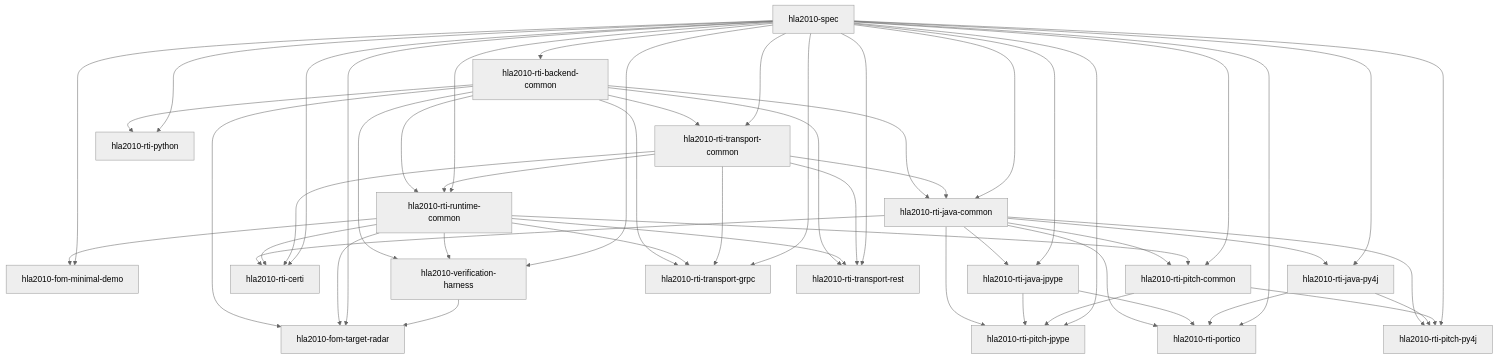
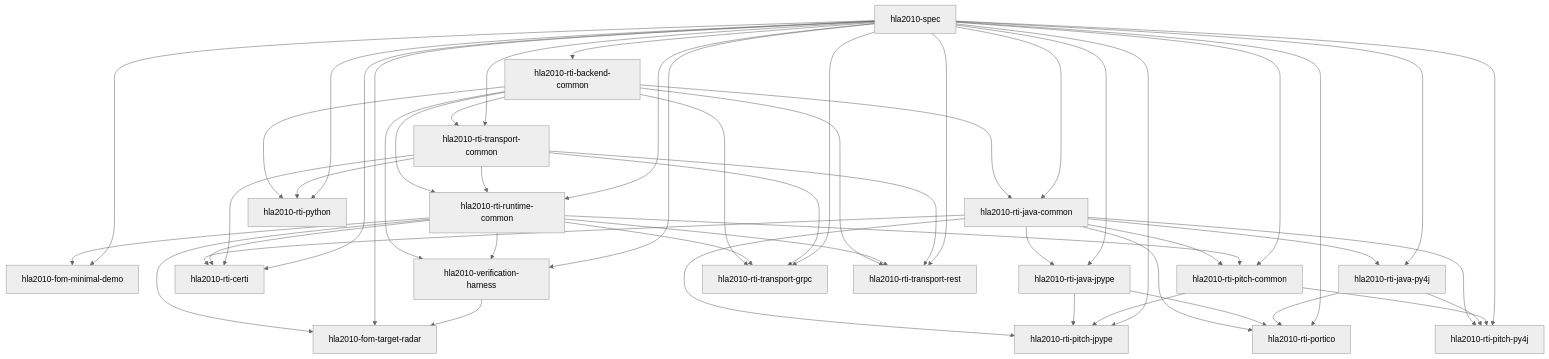
Before and after one commit to sheepfling/sturdy-broccoli: the diagram in docs/package_dependency_tree.md, drawn with Mermaid (neutral theme). The commit also changed other lines of this file and 11 other files, not shown here.

````diff
--- a/docs/package_dependency_tree.md
+++ b/docs/package_dependency_tree.md
@@ -38,55 +38,54 @@
 ```mermaid
 graph TD
     hla2010_rti_runtime_common[hla2010-rti-runtime-common] --> hla2010_fom_minimal_demo[hla2010-fom-minimal-demo]
     hla2010_spec[hla2010-spec] --> hla2010_fom_minimal_demo[hla2010-fom-minimal-demo]
-    hla2010_rti_backend_common[hla2010-rti-backend-common] --> hla2010_fom_target_radar[hla2010-fom-target-radar]
     hla2010_rti_runtime_common[hla2010-rti-runtime-common] --> hla2010_fom_target_radar[hla2010-fom-target-radar]
     hla2010_spec[hla2010-spec] --> hla2010_fom_target_radar[hla2010-fom-target-radar]
     hla2010_verification_harness[hla2010-verification-harness] --> hla2010_fom_target_radar[hla2010-fom-target-radar]
     hla2010_spec[hla2010-spec] --> hla2010_rti_backend_common[hla2010-rti-backend-common]
     hla2010_rti_java_common[hla2010-rti-java-common] --> hla2010_rti_certi[hla2010-rti-certi]
     hla2010_rti_runtime_common[hla2010-rti-runtime-common] --> hla2010_rti_certi[hla2010-rti-certi]
     hla2010_rti_transport_common[hla2010-rti-transport-common] --> hla2010_rti_certi[hla2010-rti-certi]
     hla2010_spec[hla2010-spec] --> hla2010_rti_certi[hla2010-rti-certi]
     hla2010_rti_backend_common[hla2010-rti-backend-common] --> hla2010_rti_java_common[hla2010-rti-java-common]
-    hla2010_rti_transport_common[hla2010-rti-transport-common] --> hla2010_rti_java_common[hla2010-rti-java-common]
     hla2010_spec[hla2010-spec] --> hla2010_rti_java_common[hla2010-rti-java-common]
     hla2010_rti_java_common[hla2010-rti-java-common] --> hla2010_rti_java_jpype[hla2010-rti-java-jpype]
     hla2010_spec[hla2010-spec] --> hla2010_rti_java_jpype[hla2010-rti-java-jpype]
     hla2010_rti_java_common[hla2010-rti-java-common] --> hla2010_rti_java_py4j[hla2010-rti-java-py4j]
     hla2010_spec[hla2010-spec] --> hla2010_rti_java_py4j[hla2010-rti-java-py4j]
     hla2010_rti_java_common[hla2010-rti-java-common] --> hla2010_rti_pitch_common[hla2010-rti-pitch-common]
     hla2010_rti_runtime_common[hla2010-rti-runtime-common] --> hla2010_rti_pitch_common[hla2010-rti-pitch-common]
     hla2010_spec[hla2010-spec] --> hla2010_rti_pitch_common[hla2010-rti-pitch-common]
     hla2010_rti_java_common[hla2010-rti-java-common] --> hla2010_rti_pitch_jpype[hla2010-rti-pitch-jpype]
     hla2010_rti_java_jpype[hla2010-rti-java-jpype] --> hla2010_rti_pitch_jpype[hla2010-rti-pitch-jpype]
     hla2010_rti_pitch_common[hla2010-rti-pitch-common] --> hla2010_rti_pitch_jpype[hla2010-rti-pitch-jpype]
     hla2010_spec[hla2010-spec] --> hla2010_rti_pitch_jpype[hla2010-rti-pitch-jpype]
     hla2010_rti_java_common[hla2010-rti-java-common] --> hla2010_rti_pitch_py4j[hla2010-rti-pitch-py4j]
     hla2010_rti_java_py4j[hla2010-rti-java-py4j] --> hla2010_rti_pitch_py4j[hla2010-rti-pitch-py4j]
     hla2010_rti_pitch_common[hla2010-rti-pitch-common] --> hla2010_rti_pitch_py4j[hla2010-rti-pitch-py4j]
     hla2010_spec[hla2010-spec] --> hla2010_rti_pitch_py4j[hla2010-rti-pitch-py4j]
     hla2010_rti_java_common[hla2010-rti-java-common] --> hla2010_rti_portico[hla2010-rti-portico]
     hla2010_rti_java_jpype[hla2010-rti-java-jpype] --> hla2010_rti_portico[hla2010-rti-portico]
     hla2010_rti_java_py4j[hla2010-rti-java-py4j] --> hla2010_rti_portico[hla2010-rti-portico]
     hla2010_spec[hla2010-spec] --> hla2010_rti_portico[hla2010-rti-portico]
     hla2010_rti_backend_common[hla2010-rti-backend-common] --> hla2010_rti_python[hla2010-rti-python]
+    hla2010_rti_transport_common[hla2010-rti-transport-common] --> hla2010_rti_python[hla2010-rti-python]
     hla2010_spec[hla2010-spec] --> hla2010_rti_python[hla2010-rti-python]
     hla2010_rti_backend_common[hla2010-rti-backend-common] --> hla2010_rti_runtime_common[hla2010-rti-runtime-common]
     hla2010_rti_transport_common[hla2010-rti-transport-common] --> hla2010_rti_runtime_common[hla2010-rti-runtime-common]
     hla2010_spec[hla2010-spec] --> hla2010_rti_runtime_common[hla2010-rti-runtime-common]
     hla2010_rti_backend_common[hla2010-rti-backend-common] --> hla2010_rti_transport_common[hla2010-rti-transport-common]
     hla2010_spec[hla2010-spec] --> hla2010_rti_transport_common[hla2010-rti-transport-common]
     hla2010_rti_backend_common[hla2010-rti-backend-common] --> hla2010_rti_transport_grpc[hla2010-rti-transport-grpc]
     hla2010_rti_runtime_common[hla2010-rti-runtime-common] --> hla2010_rti_transport_grpc[hla2010-rti-transport-grpc]
     hla2010_rti_transport_common[hla2010-rti-transport-common] --> hla2010_rti_transport_grpc[hla2010-rti-transport-grpc]
     hla2010_spec[hla2010-spec] --> hla2010_rti_transport_grpc[hla2010-rti-transport-grpc]
     hla2010_rti_backend_common[hla2010-rti-backend-common] --> hla2010_rti_transport_rest[hla2010-rti-transport-rest]
     hla2010_rti_runtime_common[hla2010-rti-runtime-common] --> hla2010_rti_transport_rest[hla2010-rti-transport-rest]
     hla2010_rti_transport_common[hla2010-rti-transport-common] --> hla2010_rti_transport_rest[hla2010-rti-transport-rest]
     hla2010_spec[hla2010-spec] --> hla2010_rti_transport_rest[hla2010-rti-transport-rest]
     hla2010_spec[hla2010-spec]
     hla2010_rti_backend_common[hla2010-rti-backend-common] --> hla2010_verification_harness[hla2010-verification-harness]
     hla2010_rti_runtime_common[hla2010-rti-runtime-common] --> hla2010_verification_harness[hla2010-verification-harness]
     hla2010_spec[hla2010-spec] --> hla2010_verification_harness[hla2010-verification-harness]
 ```
````
